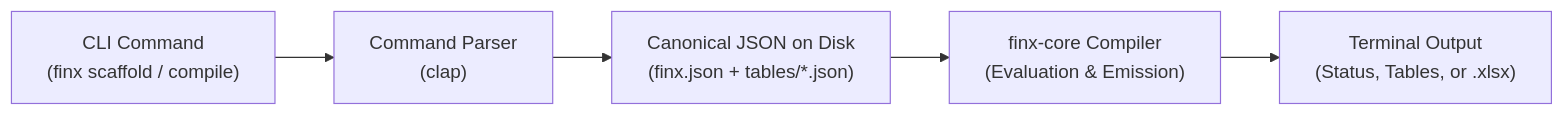
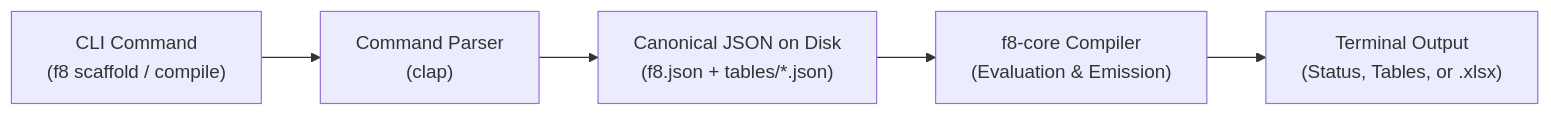
One commit to mhcfa/f8 changed the diagram in docs/interfaces/cli.md. Above: the diagram before and after it, drawn with Mermaid. The commit also changed other lines of this file and 183 other files, not shown here.

````diff
--- a/docs/interfaces/cli.md
+++ b/docs/interfaces/cli.md
@@ -18,7 +18,7 @@
 ```mermaid
 flowchart LR
-    A["CLI Command\n(finx scaffold / compile)"] --> B["Command Parser\n(clap)"]
-    B --> C["Canonical JSON on Disk\n(finx.json + tables/*.json)"]
-    C --> D["finx-core Compiler\n(Evaluation & Emission)"]
+    A["CLI Command\n(f8 scaffold / compile)"] --> B["Command Parser\n(clap)"]
+    B --> C["Canonical JSON on Disk\n(f8.json + tables/*.json)"]
+    C --> D["f8-core Compiler\n(Evaluation & Emission)"]
     D --> E["Terminal Output\n(Status, Tables, or .xlsx)"]
 ```
````
